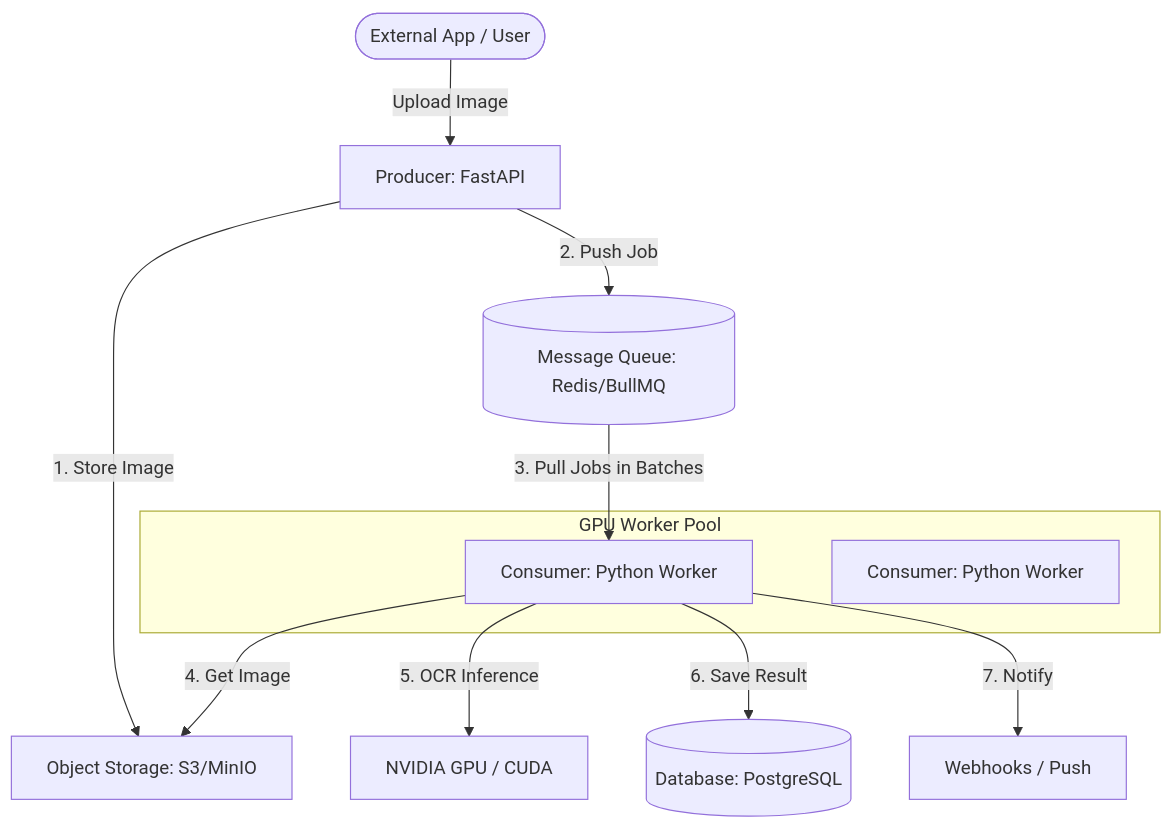
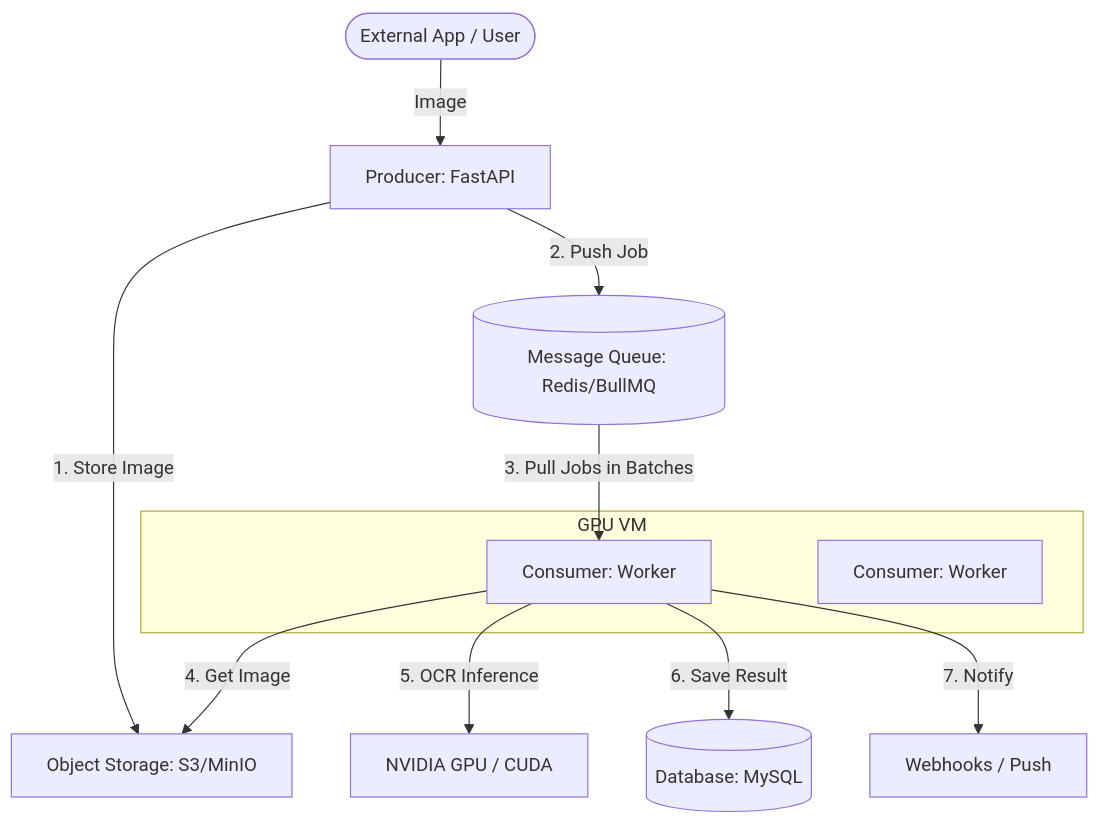
The diagram in docs/architecture.md (unilewis/claude-pod-recognize), drawn with Mermaid before and after one commit. The commit also changed 7 other files, not shown here.

````diff
--- a/docs/architecture.md
+++ b/docs/architecture.md
@@ -7,18 +7,18 @@
 ```mermaid
 graph TD
-    User([External App / User]) -->|Upload Image| API[Producer: FastAPI]
+    User([External App / User]) -->|Image| API[Producer: FastAPI]
     API -->|1. Store Image| S3[Object Storage: S3/MinIO]
     API -->|2. Push Job| Queue[(Message Queue: Redis/BullMQ)]
 
-    subgraph "GPU Worker Pool"
-        Worker[Consumer: Python Worker]
-        W2[Consumer: Python Worker]
+    subgraph "GPU VM"
+        Worker[Consumer: Worker]
+        W2[Consumer: Worker]
     end
 
     Queue -->|3. Pull Jobs in Batches| Worker
     Worker -->|4. Get Image| S3
     Worker -->|5. OCR Inference| GPU[NVIDIA GPU / CUDA]
-    Worker -->|6. Save Result| DB[(Database: PostgreSQL)]
+    Worker -->|6. Save Result| DB[(Database: MySQL)]
 
     Worker -->|7. Notify| Hooks[Webhooks / Push]
 ```
````
